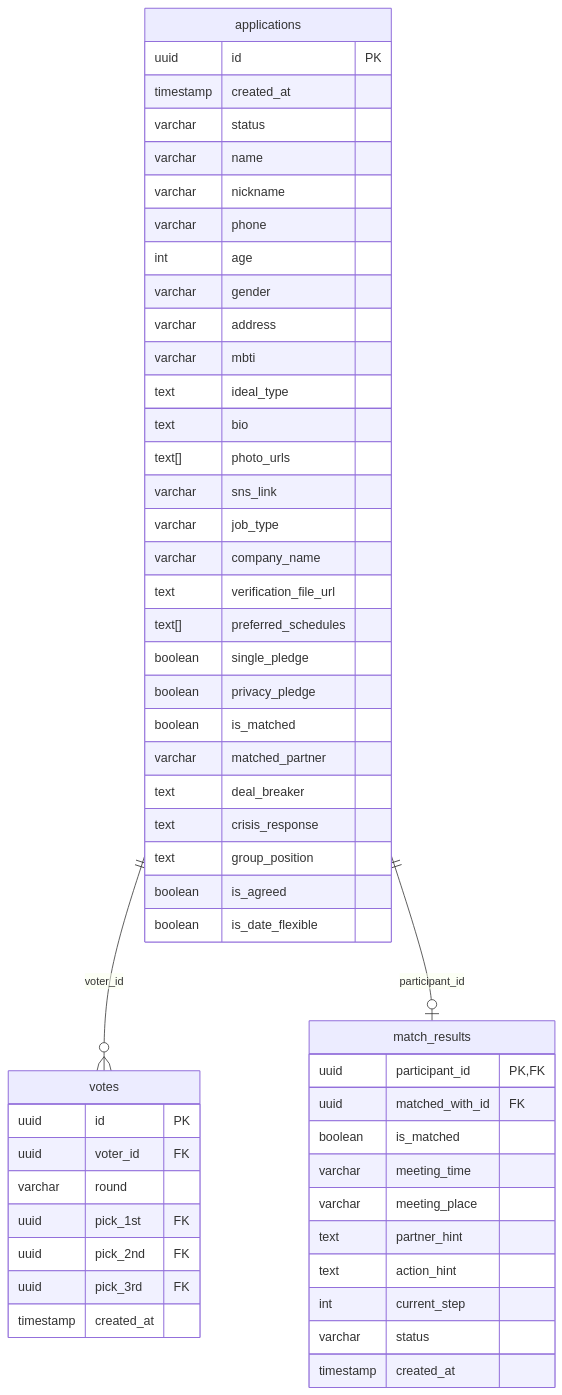
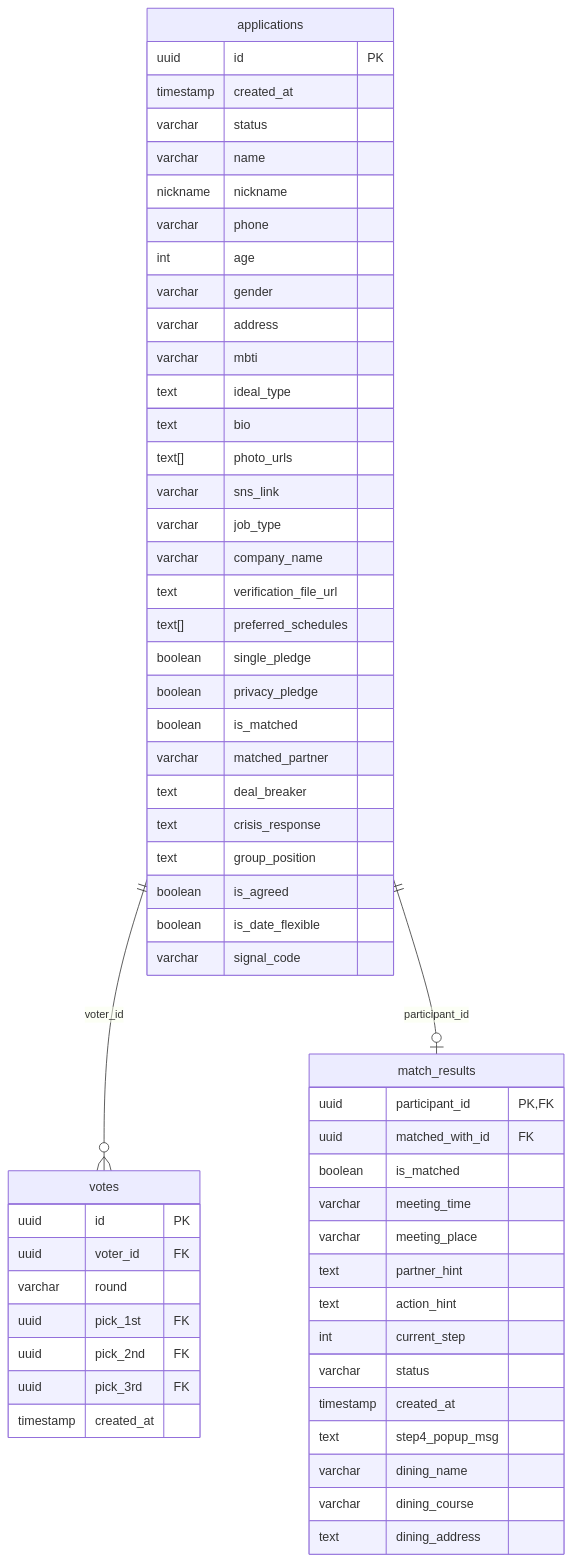
One commit to pitekuss-create/signal_trip changed the diagram in Signal_Trip_Master_Blueprint.md. Above: the diagram before and after it, drawn with Mermaid. The commit also changed other lines of this file, not shown here.

Commit message:
docs(blueprint): upgrade master blueprint with latest V2 features and DB schema

````diff
--- a/Signal_Trip_Master_Blueprint.md
+++ b/Signal_Trip_Master_Blueprint.md
@@ -107,58 +107,63 @@
 ```mermaid
 erDiagram
     applications {
         uuid id PK
         timestamp created_at
         varchar status
         varchar name
-        varchar nickname
+        nickname nickname
         varchar phone
         int age
         varchar gender
         varchar address
         varchar mbti
         text ideal_type
         text bio
         text[] photo_urls
         varchar sns_link
         varchar job_type
         varchar company_name
         text verification_file_url
         text[] preferred_schedules
         boolean single_pledge
         boolean privacy_pledge
         boolean is_matched
         varchar matched_partner
         text deal_breaker
         text crisis_response
         text group_position
         boolean is_agreed
         boolean is_date_flexible
+        varchar signal_code
     }
  
     match_results {
         uuid participant_id PK, FK
         uuid matched_with_id FK
         boolean is_matched
         varchar meeting_time
         varchar meeting_place
         text partner_hint
         text action_hint
         int current_step
         varchar status
         timestamp created_at
+        text step4_popup_msg
+        varchar dining_name
+        varchar dining_course
+        text dining_address
     }
 
     votes {
         uuid id PK
         uuid voter_id FK
         varchar round
         uuid pick_1st FK
         uuid pick_2nd FK
         uuid pick_3rd FK
         timestamp created_at
     }
  
     applications ||--o{ votes : "voter_id"
     applications ||--o| match_results : "participant_id"
 ```
````
